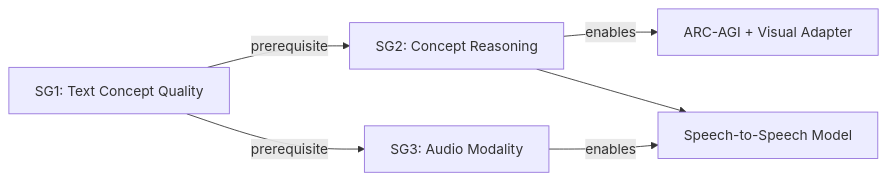
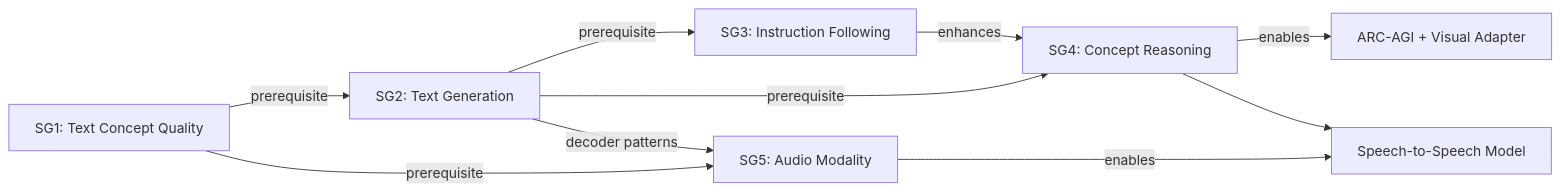
The first of 2 diagrams in docs/1_Strategy_and_Plans/roadmap.md (ksopyla/MrCogito), drawn with Mermaid before and after one commit. The commit also changed other lines of this file and 2 other files, not shown here.

First line of the commit message:
Update experiment priority order and roadmap for Concept Encoder research

````diff
--- a/docs/1_Strategy_and_Plans/roadmap.md
+++ b/docs/1_Strategy_and_Plans/roadmap.md
@@ -102,8 +157,12 @@
 ```mermaid
 graph LR
-    SG1[SG1: Text Concept Quality] -->|prerequisite| SG2[SG2: Concept Reasoning]
-    SG1 -->|prerequisite| SG3[SG3: Audio Modality]
-    SG2 -->|enables| ARC[ARC-AGI + Visual Adapter]
-    SG3 -->|enables| S2S[Speech-to-Speech Model]
-    SG2 --> S2S
+    SG1["SG1: Text Concept Quality"] -->|prerequisite| SG2["SG2: Text Generation"]
+    SG2 -->|prerequisite| SG3["SG3: Instruction Following"]
+    SG2 -->|prerequisite| SG4["SG4: Concept Reasoning"]
+    SG3 -->|enhances| SG4
+    SG1 -->|prerequisite| SG5["SG5: Audio Modality"]
+    SG2 -->|"decoder patterns"| SG5
+    SG4 -->|enables| ARC["ARC-AGI + Visual Adapter"]
+    SG5 -->|enables| S2S["Speech-to-Speech Model"]
+    SG4 --> S2S
 ```
````
